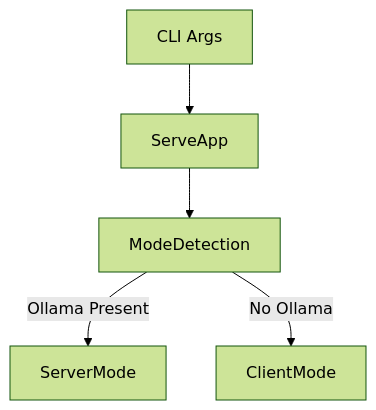
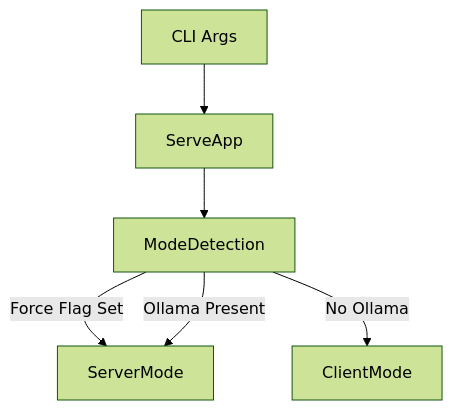
One commit to grouzen/ollana changed the first of 6 diagrams in docs/architecture-overview.md. Above: the diagram before and after it, drawn with Mermaid (forest theme). The commit also changed other lines of this file and 2 other files, not shown here.

Commit message:
feat: add --force-server-mode option for serve subcommand (#36)

````diff
--- a/docs/architecture-overview.md
+++ b/docs/architecture-overview.md
@@ -12,7 +15,8 @@
 ```mermaid
 flowchart TD
     CLI["CLI Args"] --> ServeApp
     ServeApp --> ModeDetection
+    ModeDetection -->|Force Flag Set| ServerMode
     ModeDetection -->|Ollama Present| ServerMode
     ModeDetection -->|No Ollama| ClientMode
 ```
````
